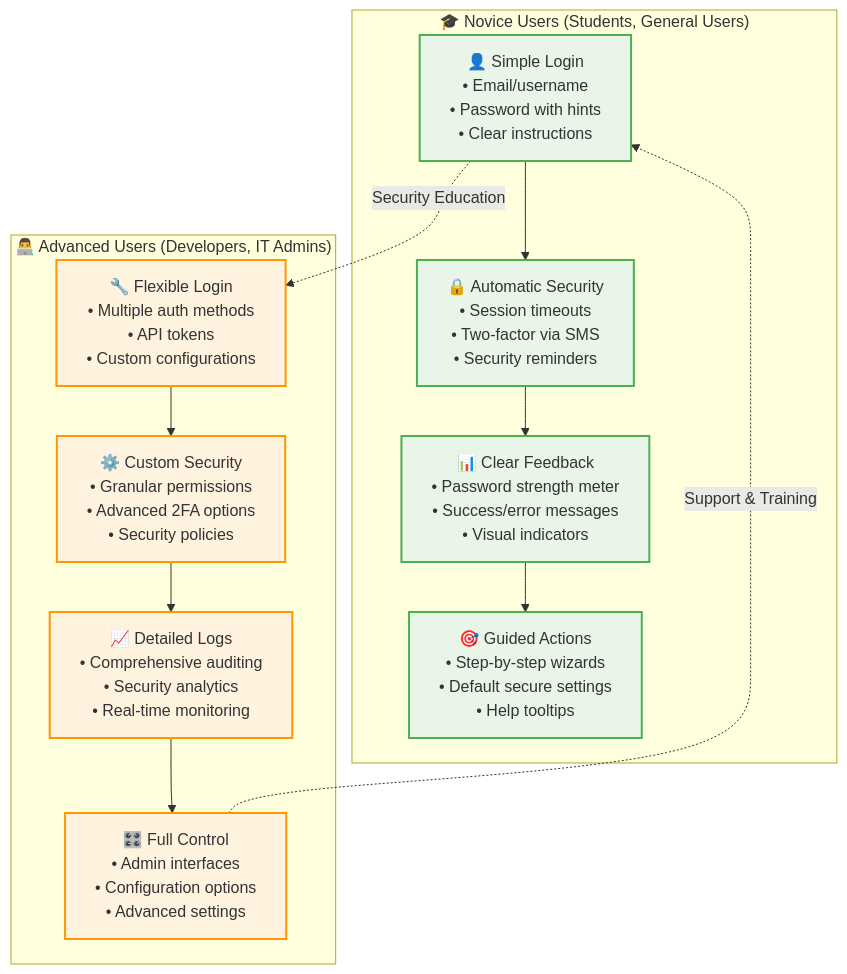
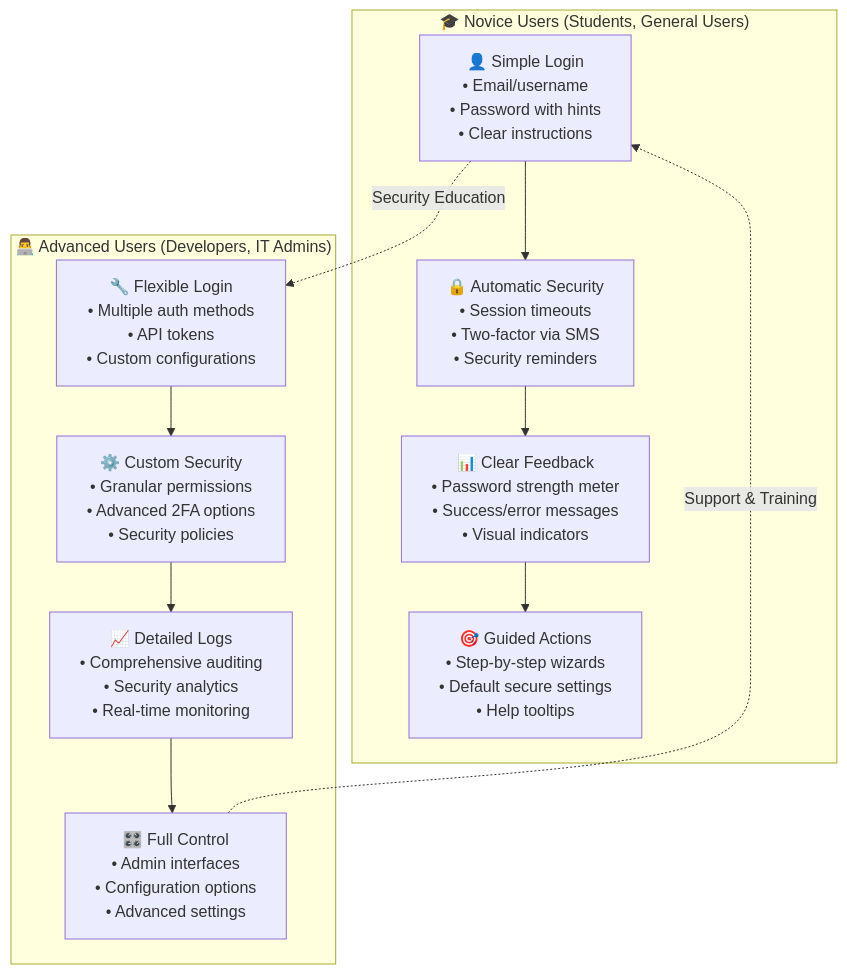
The second of 3 diagrams in docs/Year12/SecureSoftwareArchitecture.md (Eatham532/Software-Engineering-HSC-Textbook), drawn with Mermaid before and after one commit. The commit also changed other lines of this file and 37 other files, not shown here.

````diff
--- a/docs/Year12/SecureSoftwareArchitecture.md
+++ b/docs/Year12/SecureSoftwareArchitecture.md
@@ -267,27 +268,17 @@
 ```mermaid
 flowchart TB
     subgraph "🎓 Novice Users (Students, General Users)"
         A1["👤 Simple Login<br/>• Email/username<br/>• Password with hints<br/>• Clear instructions"] --> B1["🔒 Automatic Security<br/>• Session timeouts<br/>• Two-factor via SMS<br/>• Security reminders"]
         B1 --> C1["📊 Clear Feedback<br/>• Password strength meter<br/>• Success/error messages<br/>• Visual indicators"]
         C1 --> D1["🎯 Guided Actions<br/>• Step-by-step wizards<br/>• Default secure settings<br/>• Help tooltips"]
     end
     
     subgraph "👨‍💻 Advanced Users (Developers, IT Admins)"
         A2["🔧 Flexible Login<br/>• Multiple auth methods<br/>• API tokens<br/>• Custom configurations"] --> B2["⚙️ Custom Security<br/>• Granular permissions<br/>• Advanced 2FA options<br/>• Security policies"]
         B2 --> C2["📈 Detailed Logs<br/>• Comprehensive auditing<br/>• Security analytics<br/>• Real-time monitoring"]
         C2 --> D2["🎛️ Full Control<br/>• Admin interfaces<br/>• Configuration options<br/>• Advanced settings"]
     end
     
     A1 -.->|"Security Education"| A2
     D2 -.->|"Support & Training"| A1
-    
-    style A1 fill:#e8f5e8,stroke:#4caf50,stroke-width:2px
-    style B1 fill:#e8f5e8,stroke:#4caf50,stroke-width:2px
-    style C1 fill:#e8f5e8,stroke:#4caf50,stroke-width:2px
-    style D1 fill:#e8f5e8,stroke:#4caf50,stroke-width:2px
-    
-    style A2 fill:#fff3e0,stroke:#ff9800,stroke-width:2px
-    style B2 fill:#fff3e0,stroke:#ff9800,stroke-width:2px
-    style C2 fill:#fff3e0,stroke:#ff9800,stroke-width:2px
-    style D2 fill:#fff3e0,stroke:#ff9800,stroke-width:2px
 ```
````
